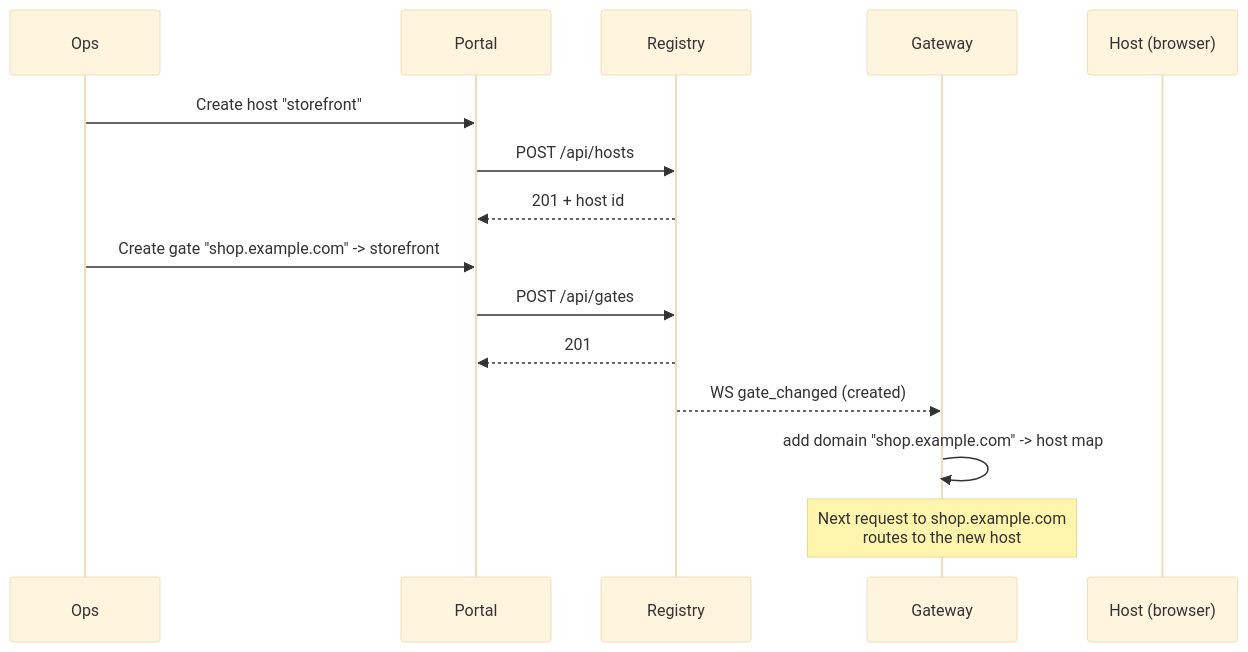
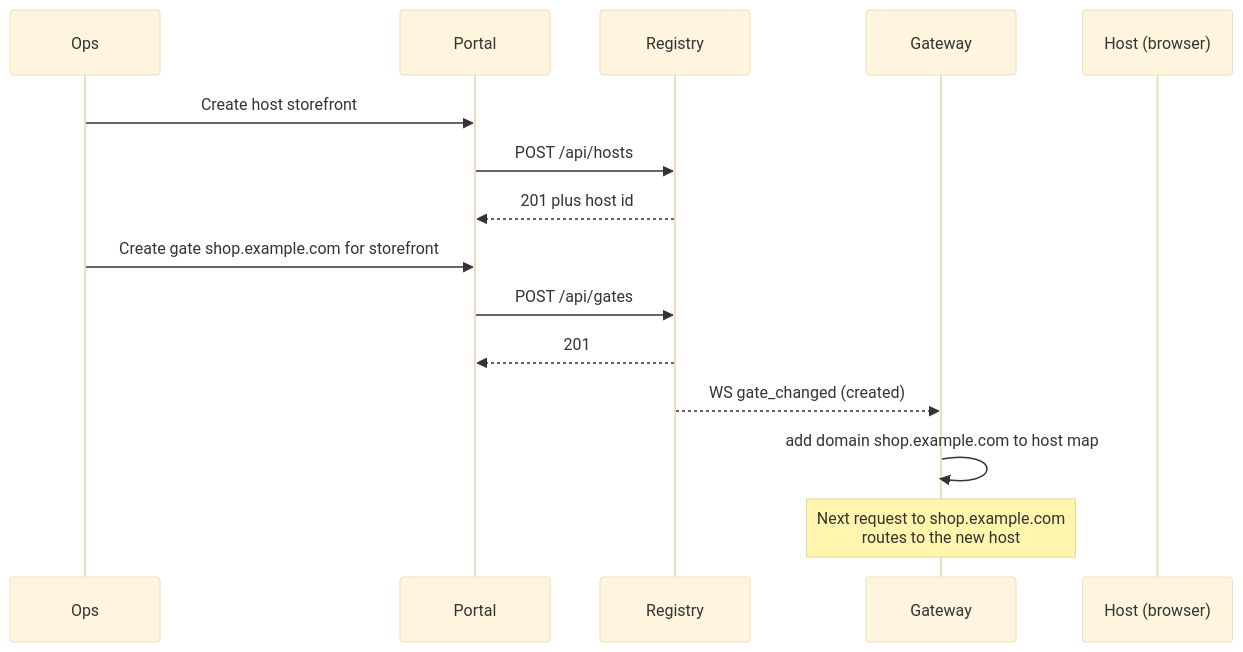
The fifth of 5 diagrams in docs/infrastructure/infra-hosts-and-gates.md (Bimo-dk/nexus), drawn with Mermaid (base theme) before and after one commit. The commit also changed 5 other files, not shown here.

First line of the commit message:
docs: rewrite README and fix mermaid parse errors for v1 multi-framework

````diff
--- a/docs/infrastructure/infra-hosts-and-gates.md
+++ b/docs/infrastructure/infra-hosts-and-gates.md
@@ -132,18 +132,18 @@
 ```mermaid
 sequenceDiagram
   participant Ops
   participant P as Portal
   participant R as Registry
   participant G as Gateway
   participant H as Host (browser)
 
-  Ops->>P: Create host "storefront"
+  Ops->>P: Create host storefront
   P->>R: POST /api/hosts
-  R-->>P: 201 + host id
-  Ops->>P: Create gate "shop.example.com" -> storefront
+  R-->>P: 201 plus host id
+  Ops->>P: Create gate shop.example.com for storefront
   P->>R: POST /api/gates
   R-->>P: 201
   R-->>G: WS gate_changed (created)
-  G->>G: add domain "shop.example.com" -> host map
+  G->>G: add domain shop.example.com to host map
   Note over G: Next request to shop.example.com<br/>routes to the new host
 ```
````
